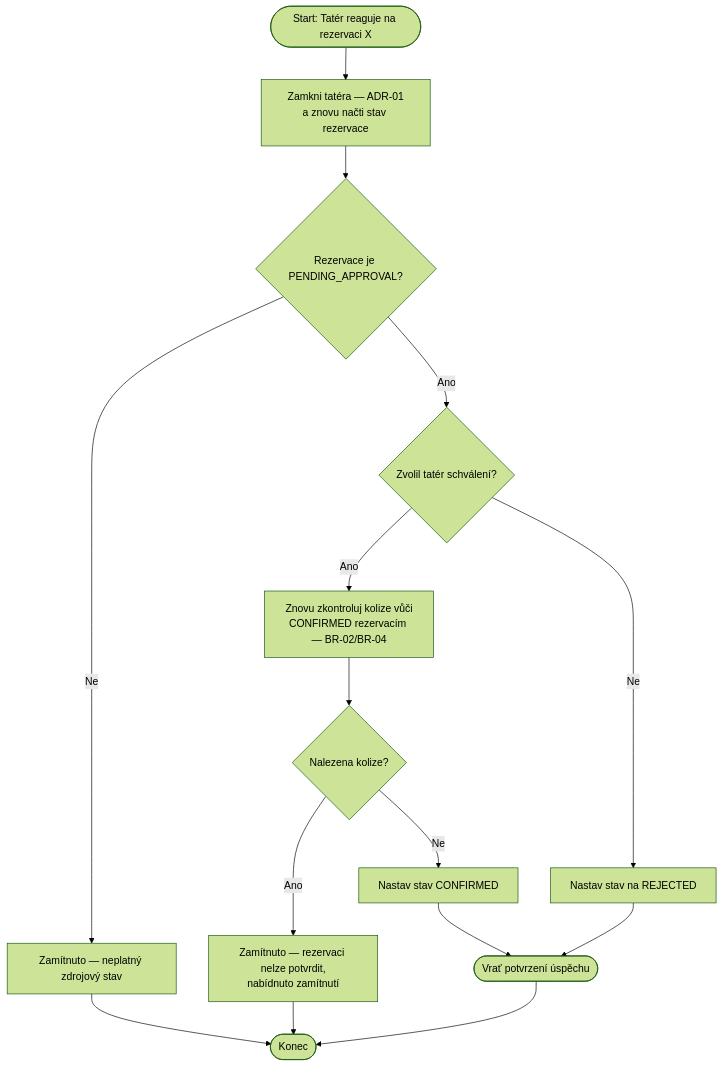
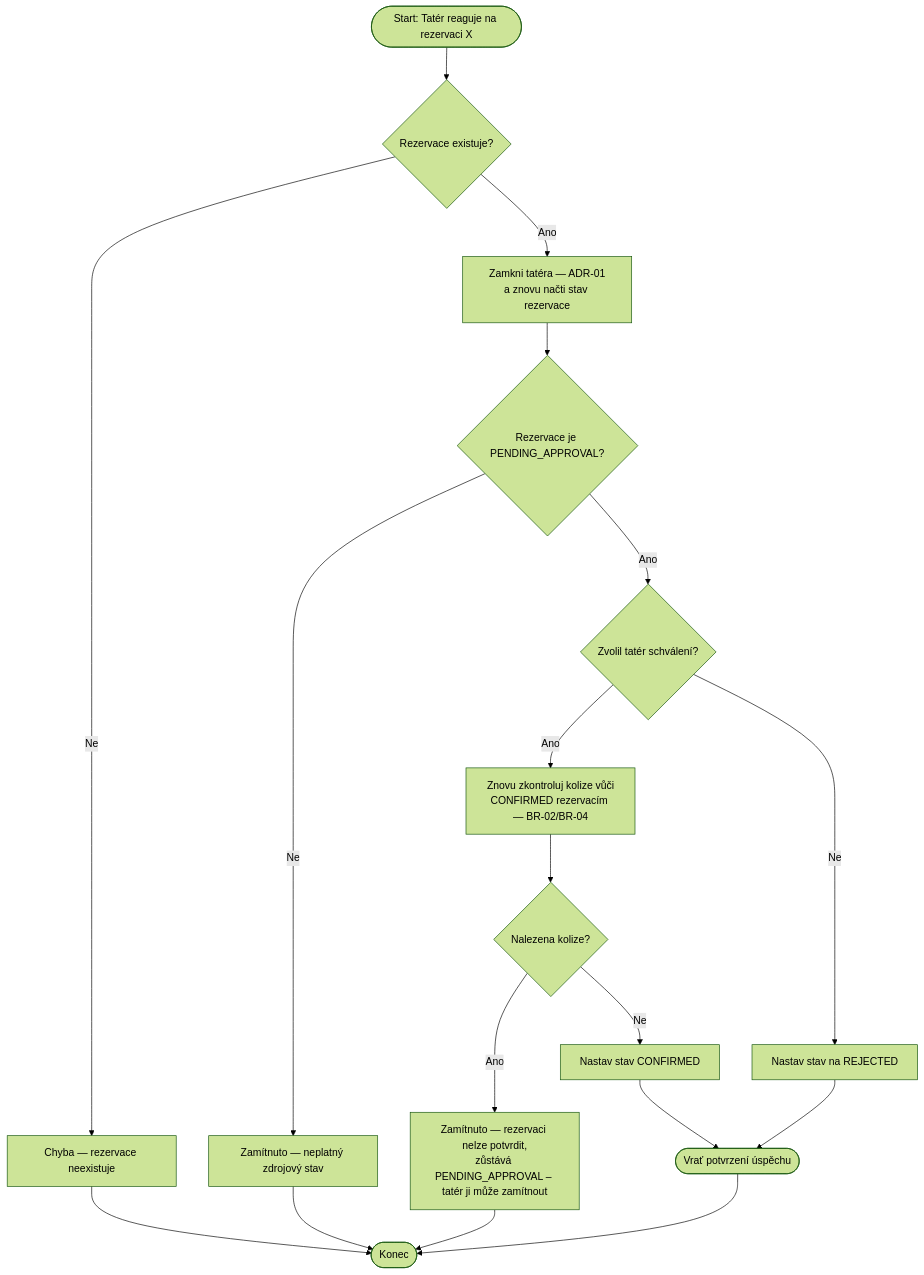
One commit to Eve-linnx/tattoo_reservation_system changed the seventh of 7 diagrams in docs/diagrams.md. Above: the diagram before and after it, drawn with Mermaid (forest theme). The commit also changed other lines of this file and 1 other file, not shown here.

First line of the commit message:
docs: diagramy srovnány s kódem (78c4c87)

````diff
--- a/docs/diagrams.md
+++ b/docs/diagrams.md
@@ -161,21 +175,24 @@
 ```mermaid
 flowchart TD
-    A([Start: Tatér reaguje na rezervaci X]) --> L[Zamkni tatéra — ADR-01\na znovu načti stav rezervace]
+    A([Start: Tatér reaguje na rezervaci X]) --> N{Rezervace existuje?}
+    N -- Ne --> X0[Chyba — rezervace neexistuje]
+    N -- Ano --> L[Zamkni tatéra — ADR-01\na znovu načti stav rezervace]
     L --> C{Rezervace je PENDING_APPROVAL?}
     C -- Ne --> X1[Zamítnuto — neplatný zdrojový stav]
     C -- Ano --> B{Zvolil tatér schválení?}
 
     B -- Ne --> Rej[Nastav stav na REJECTED]
 
     B -- Ano --> D[Znovu zkontroluj kolize vůči\nCONFIRMED rezervacím — BR-02/BR-04]
     
     D --> E{Nalezena kolize?}
-    E -- Ano --> X2[Zamítnuto — rezervaci nelze potvrdit,\nnabídnuto zamítnutí]
+    E -- Ano --> X2[Zamítnuto — rezervaci nelze potvrdit,\nzůstává PENDING_APPROVAL – tatér ji může zamítnout]
     E -- Ne --> F[Nastav stav CONFIRMED]
     
     F --> G([Vrať potvrzení úspěchu])
     Rej --> G
-    X1 --> End([Konec])
+    X0 --> End([Konec])
+    X1 --> End
     X2 --> End
     G --> End
 ```
````
